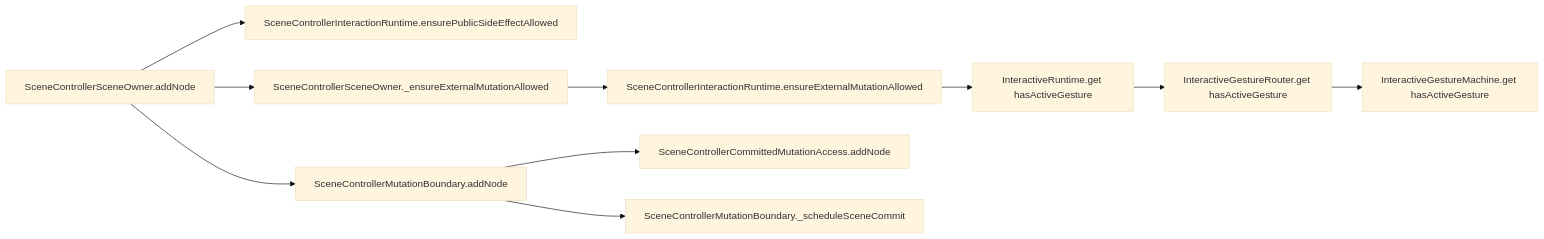
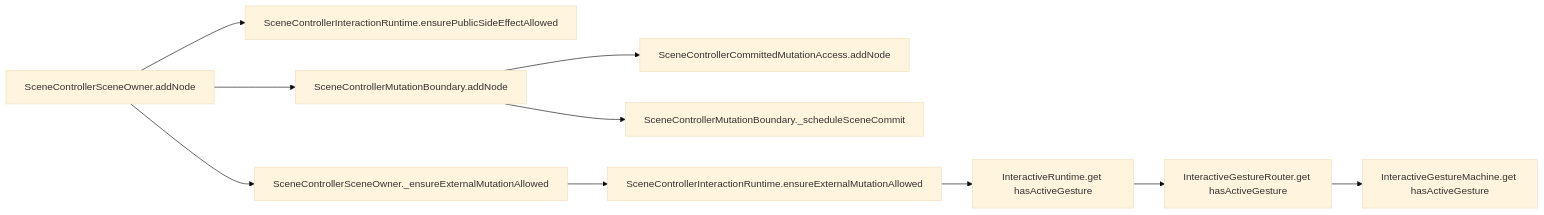
Before and after one commit to GreatPika/iwb_canvas_engine: the diagram in docs/architecture/evidence/add_node_write_flow.md, drawn with Mermaid (base theme). The commit also changed 14 other files, not shown here.

````diff
--- a/docs/architecture/evidence/add_node_write_flow.md
+++ b/docs/architecture/evidence/add_node_write_flow.md
@@ -1,23 +1,23 @@
 ```mermaid
 flowchart LR
   N0["SceneControllerSceneOwner.addNode"]
   N1["SceneControllerInteractionRuntime.ensurePublicSideEffectAllowed"]
   N0 --> N1
-  N2["SceneControllerSceneOwner._ensureExternalMutationAllowed"]
+  N2["SceneControllerMutationBoundary.addNode"]
   N0 --> N2
-  N3["SceneControllerInteractionRuntime.ensureExternalMutationAllowed"]
+  N3["SceneControllerCommittedMutationAccess.addNode"]
   N2 --> N3
-  N4["InteractiveRuntime.get hasActiveGesture"]
-  N3 --> N4
-  N5["InteractiveGestureRouter.get hasActiveGesture"]
-  N4 --> N5
-  N6["InteractiveGestureMachine.get hasActiveGesture"]
+  N4["SceneControllerMutationBoundary._scheduleSceneCommit"]
+  N2 --> N4
+  N5["SceneControllerSceneOwner._ensureExternalMutationAllowed"]
+  N0 --> N5
+  N6["SceneControllerInteractionRuntime.ensureExternalMutationAllowed"]
   N5 --> N6
-  N7["SceneControllerMutationBoundary.addNode"]
-  N0 --> N7
-  N8["SceneControllerCommittedMutationAccess.addNode"]
+  N7["InteractiveRuntime.get hasActiveGesture"]
+  N6 --> N7
+  N8["InteractiveGestureRouter.get hasActiveGesture"]
   N7 --> N8
-  N9["SceneControllerMutationBoundary._scheduleSceneCommit"]
-  N7 --> N9
+  N9["InteractiveGestureMachine.get hasActiveGesture"]
+  N8 --> N9
 
 ```
````
